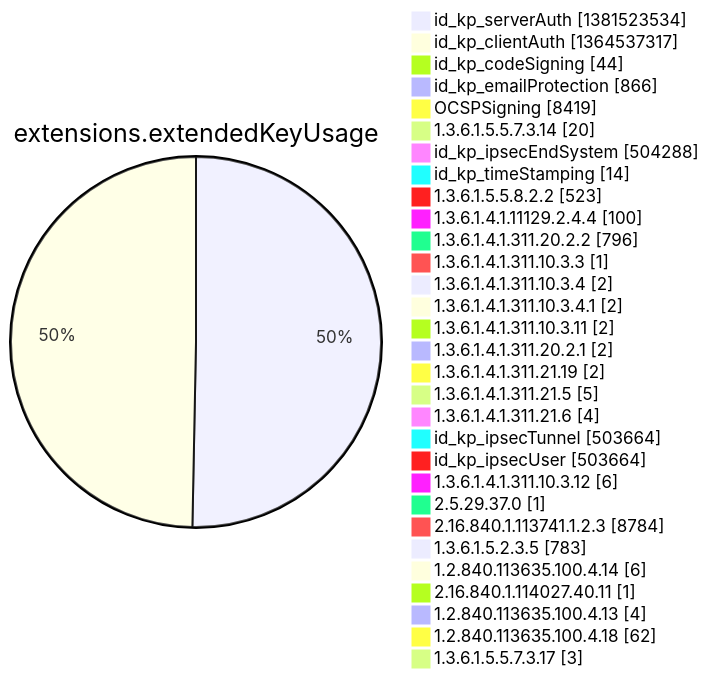
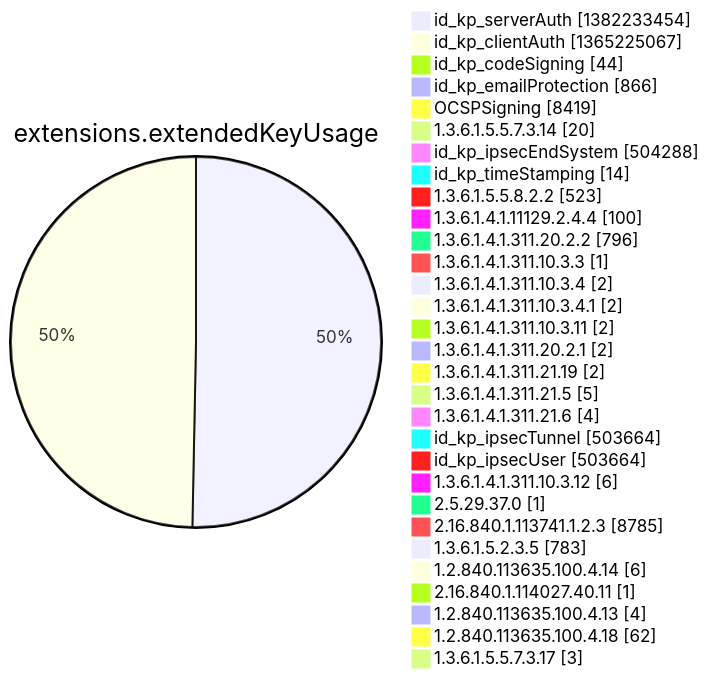
Diagram 12 of 15 in argon2022/README.md (christiankrug/ctmonitor_visualization), drawn with Mermaid before and after one commit. The commit also changed other lines of this file, not shown here.

````diff
--- a/argon2022/README.md
+++ b/argon2022/README.md
@@ -3554,34 +3554,34 @@
 ```mermaid
 pie showData
 title extensions.extendedKeyUsage
-"id_kp_serverAuth" :1381523534
-"id_kp_clientAuth" :1364537317
+"id_kp_serverAuth" :1382233454
+"id_kp_clientAuth" :1365225067
 "id_kp_codeSigning" :44
 "id_kp_emailProtection" :866
 "OCSPSigning" :8419
 "1.3.6.1.5.5.7.3.14" :20
 "id_kp_ipsecEndSystem" :504288
 "id_kp_timeStamping" :14
 "1.3.6.1.5.5.8.2.2" :523
 "1.3.6.1.4.1.11129.2.4.4" :100
 "1.3.6.1.4.1.311.20.2.2" :796
 "1.3.6.1.4.1.311.10.3.3" :1
 "1.3.6.1.4.1.311.10.3.4" :2
 "1.3.6.1.4.1.311.10.3.4.1" :2
 "1.3.6.1.4.1.311.10.3.11" :2
 "1.3.6.1.4.1.311.20.2.1" :2
 "1.3.6.1.4.1.311.21.19" :2
 "1.3.6.1.4.1.311.21.5" :5
 "1.3.6.1.4.1.311.21.6" :4
 "id_kp_ipsecTunnel" :503664
 "id_kp_ipsecUser" :503664
 "1.3.6.1.4.1.311.10.3.12" :6
 "2.5.29.37.0" :1
-"2.16.840.1.113741.1.2.3" :8784
+"2.16.840.1.113741.1.2.3" :8785
 "1.3.6.1.5.2.3.5" :783
 "1.2.840.113635.100.4.14" :6
 "2.16.840.1.114027.40.11" :1
 "1.2.840.113635.100.4.13" :4
 "1.2.840.113635.100.4.18" :62
 "1.3.6.1.5.5.7.3.17" :3
 ```
````
